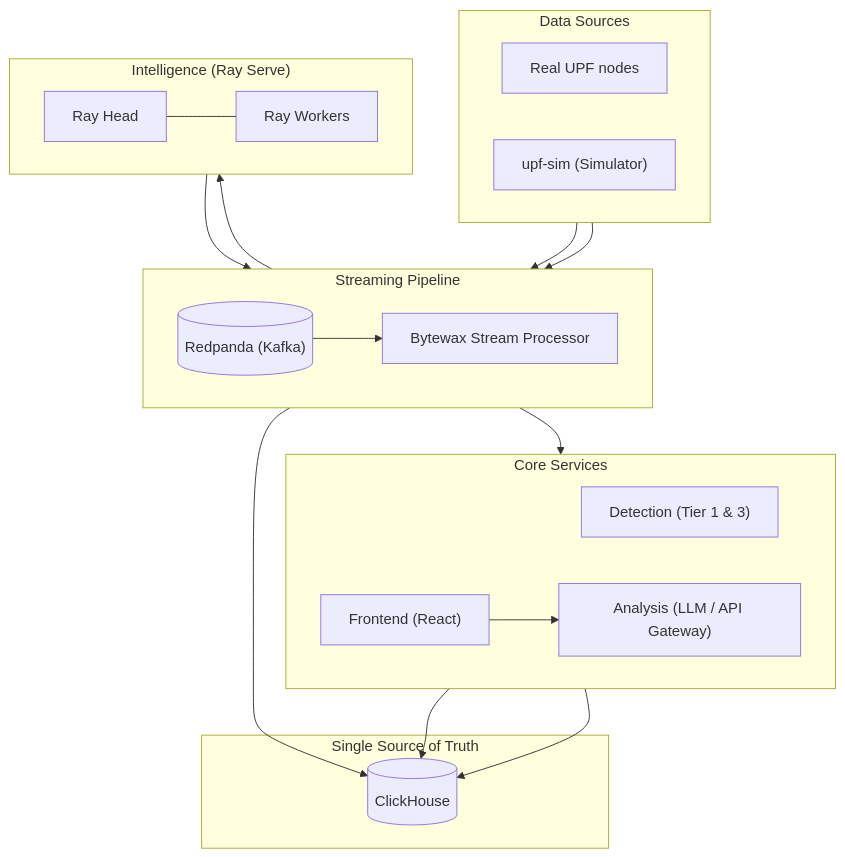
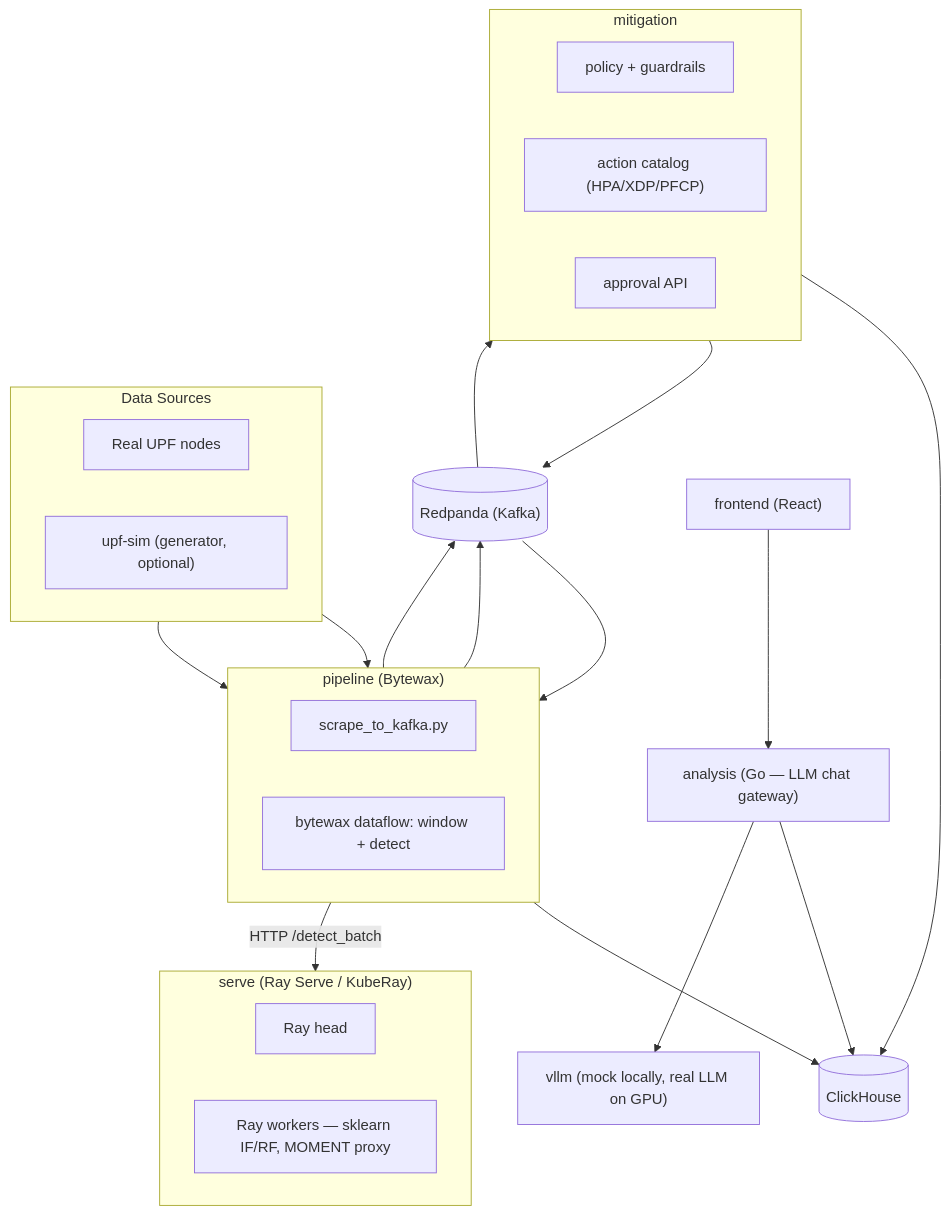
The diagram in Bess_Upf_AI/README.md (That-GeekyGuy/Summer-Intern26), drawn with Mermaid before and after one commit. The commit also changed other lines of this file and 10615 other files, not shown here.

````diff
--- a/Bess_Upf_AI/README.md
+++ b/Bess_Upf_AI/README.md
@@ -12,42 +13,46 @@
 ```mermaid
 flowchart TD
     subgraph sources["Data Sources"]
         direction LR
         upf["Real UPF nodes"]
-        sim["upf-sim (Simulator)"]
+        sim["upf-sim (generator, optional)"]
     end
 
-    subgraph streaming["Streaming Pipeline"]
+    subgraph streaming["pipeline (Bytewax)"]
         direction LR
-        redpanda[("Redpanda (Kafka)")]
-        bytewax["Bytewax Stream Processor"]
+        scraper["scrape_to_kafka.py"]
+        flow["bytewax dataflow: window + detect"]
     end
 
-    subgraph storage["Single Source of Truth"]
-        ch[("ClickHouse")]
+    redpanda[("Redpanda (Kafka)")]
+    ch[("ClickHouse")]
+
+    subgraph intel["serve (Ray Serve / KubeRay)"]
+        direction LR
+        ray_head["Ray head"]
+        ray_worker["Ray workers — sklearn IF/RF, MOMENT proxy"]
     end
 
-    subgraph intel["Intelligence (Ray Serve)"]
+    subgraph action["mitigation"]
         direction LR
-        ray_head["Ray Head"]
-        ray_worker["Ray Workers"]
-        ray_head --- ray_worker
+        policy["policy + guardrails"]
+        catalog["action catalog (HPA/XDP/PFCP)"]
+        approval["approval API"]
     end
 
-    subgraph core["Core Services"]
-        direction LR
-        det["Detection (Tier 1 & 3)"]
-        ana["Analysis (LLM / API Gateway)"]
-        fe["Frontend (React)"]
-    end
+    ana["analysis (Go — LLM chat gateway)"]
+    vllm["vllm (mock locally, real LLM on GPU)"]
+    fe["frontend (React)"]
 
-    upf & sim --> redpanda
-    redpanda --> bytewax
-    bytewax --> ch
-    bytewax --> intel
-    intel --> redpanda
-    redpanda --> det
-    det --> ch
+    upf & sim --> scraper --> redpanda
+    redpanda --> flow
+    flow -->|HTTP /detect_batch| ray_worker
+    flow --> ch
+    flow --> redpanda
+    redpanda --> action
+    action --> ch
+    action --> redpanda
     ana --> ch
+    ana --> vllm
     fe --> ana
 ```
````
